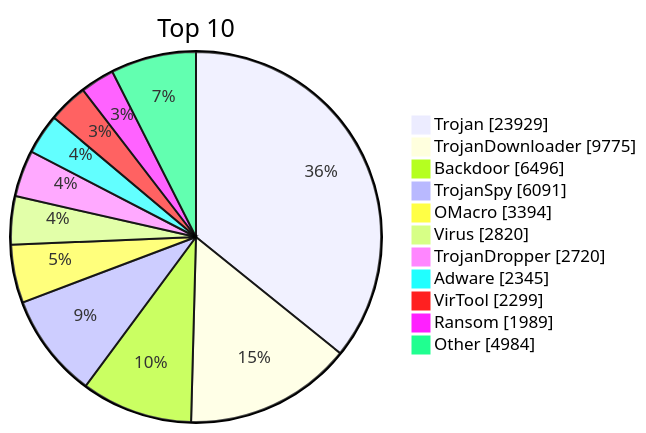
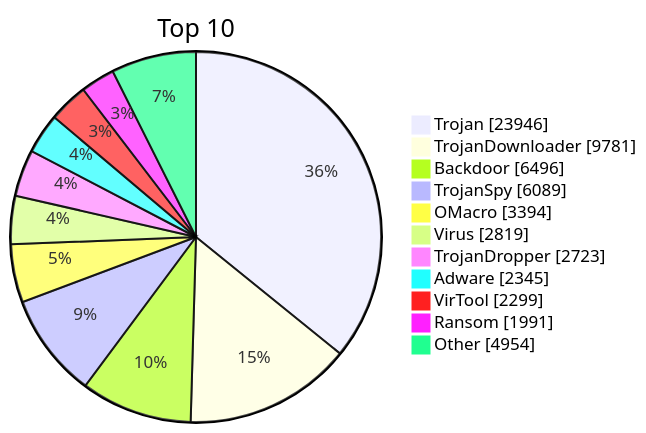
Before and after one commit to JerryLinLinLin/huorong-virdb-changelog: the diagram in README.md, drawn with Mermaid. The commit also changed other lines of this file and 15 other files, not shown here.

````diff
--- a/README.md
+++ b/README.md
@@ -19,15 +19,15 @@
 ```mermaid
 pie showData
     title Top 10
-    "Trojan" : 23929
-    "TrojanDownloader" : 9775
+    "Trojan" : 23946
+    "TrojanDownloader" : 9781
     "Backdoor" : 6496
-    "TrojanSpy" : 6091
+    "TrojanSpy" : 6089
     "OMacro" : 3394
-    "Virus" : 2820
-    "TrojanDropper" : 2720
+    "Virus" : 2819
+    "TrojanDropper" : 2723
     "Adware" : 2345
     "VirTool" : 2299
-    "Ransom" : 1989
-    "Other" : 4984
+    "Ransom" : 1991
+    "Other" : 4954
 ```
````
